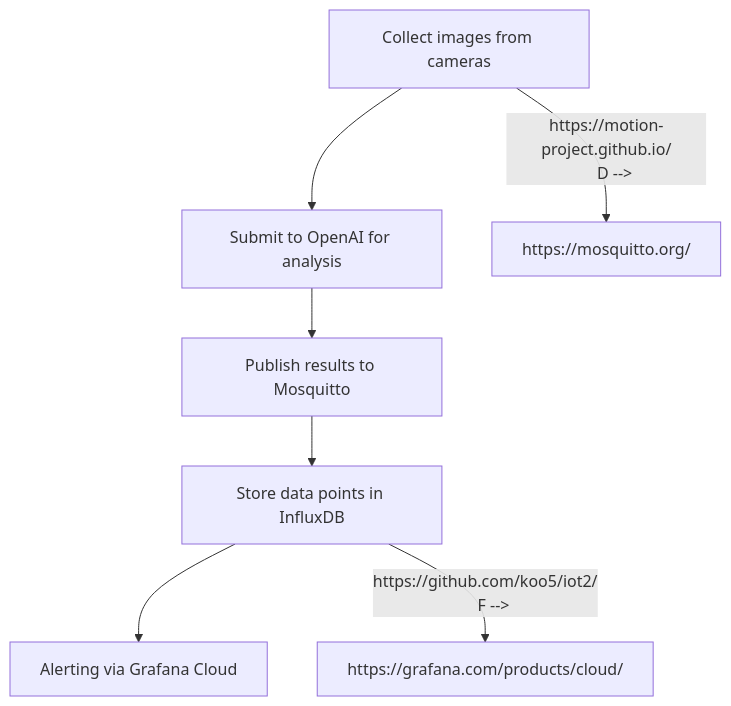
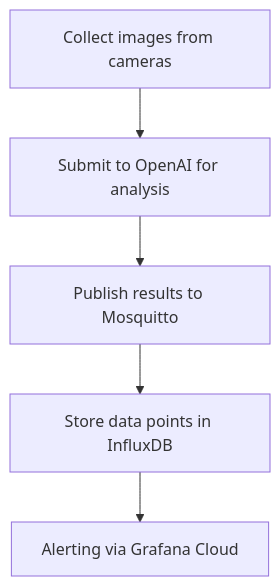
Before and after one commit to koo5/hackery2: the diagram in data/monitor/README.md, drawn with Mermaid.

````diff
--- a/data/monitor/README.md
+++ b/data/monitor/README.md
@@ -12,12 +12,7 @@
 ```mermaid
 graph TD;
     A[Collect images from cameras] --> C[Submit to OpenAI for analysis]
     C --> D[Publish results to Mosquitto]
     D --> E[Store data points in InfluxDB]
     E --> F[Alerting via Grafana Cloud]
-    
-    A -->|https://motion-project.github.io/
-    D -->|https://mosquitto.org/
-    E -->|https://github.com/koo5/iot2/
-    F -->|https://grafana.com/products/cloud/
 ```
````
